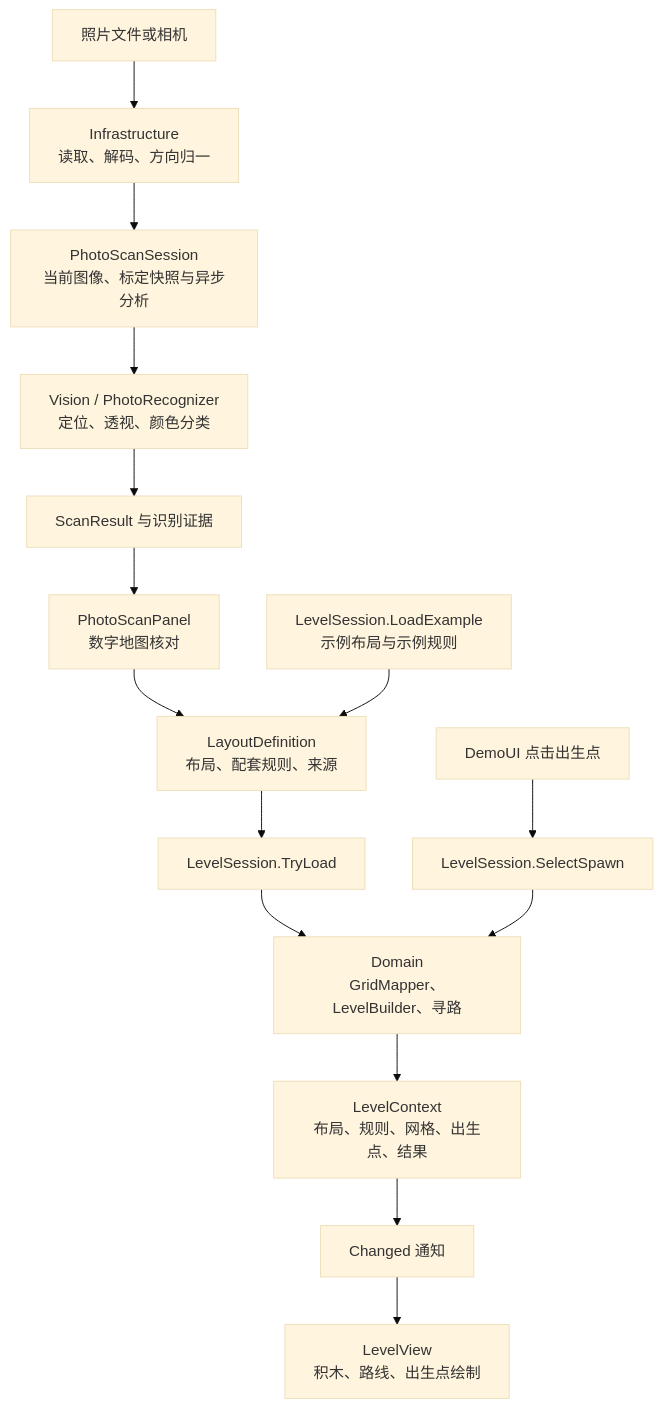
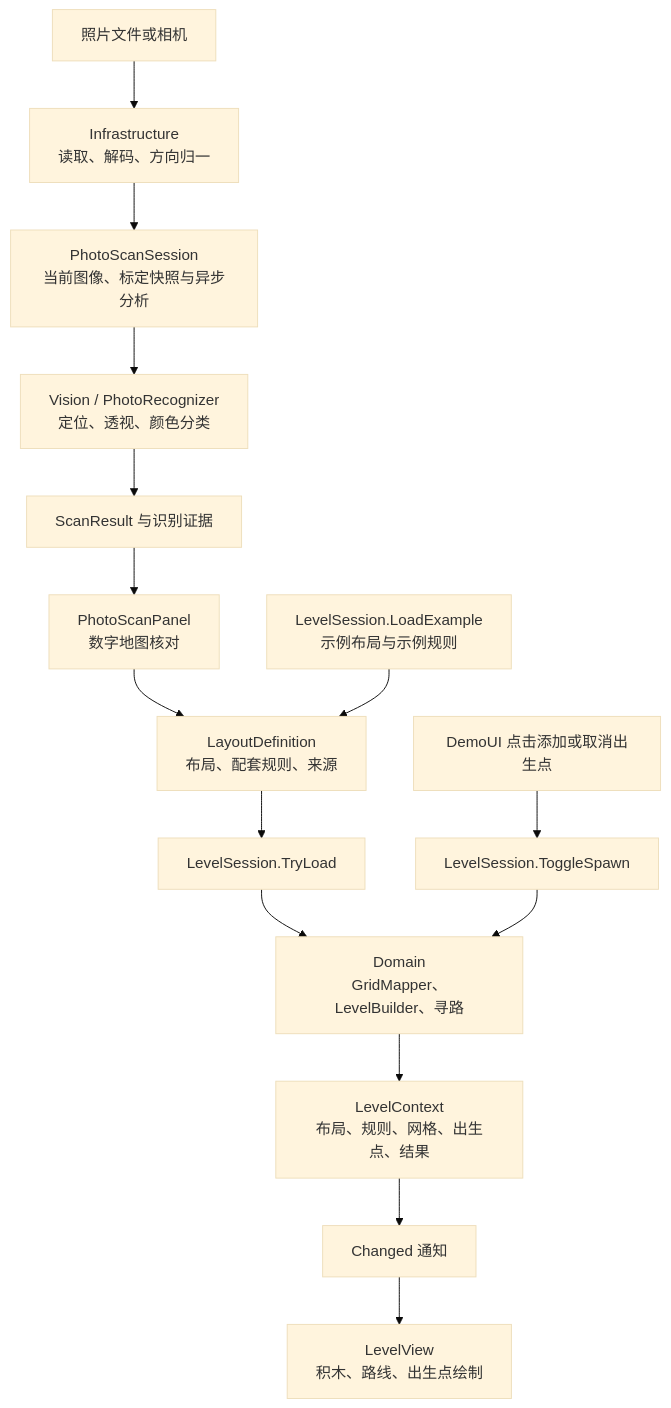
The diagram in docs/architecture.md (hanyang-sun/-), drawn with Mermaid (base theme) before and after one commit. The commit also changed other lines of this file and 104 other files, not shown here.

````diff
--- a/docs/architecture.md
+++ b/docs/architecture.md
@@ -43,17 +49,17 @@
 ```mermaid
 flowchart TD
     F[照片文件或相机] --> I[Infrastructure\n读取、解码、方向归一]
     I --> P[PhotoScanSession\n当前图像、标定快照与异步分析]
     P --> V[Vision / PhotoRecognizer\n定位、透视、颜色分类]
     V --> S[ScanResult 与识别证据]
     S --> U[PhotoScanPanel\n数字地图核对]
     U --> D[LayoutDefinition\n布局、配套规则、来源]
     E[LevelSession.LoadExample\n示例布局与示例规则] --> D
     D --> L[LevelSession.TryLoad]
     L --> G[Domain\nGridMapper、LevelBuilder、寻路]
     G --> C[LevelContext\n布局、规则、网格、出生点、结果]
     C --> R[Changed 通知]
     R --> W[LevelView\n积木、路线、出生点绘制]
-    B[DemoUI 点击出生点] --> L2[LevelSession.SelectSpawn]
+    B[DemoUI 点击添加或取消出生点] --> L2[LevelSession.ToggleSpawn]
     L2 --> G
 ```
````
